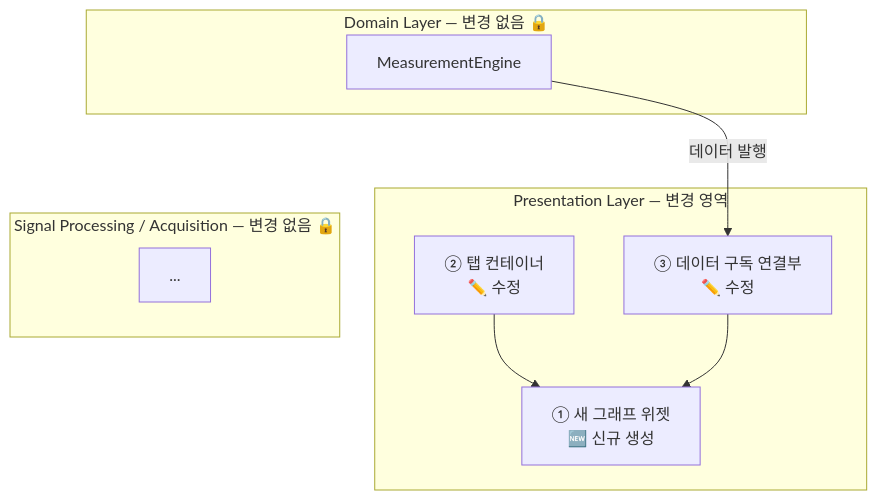
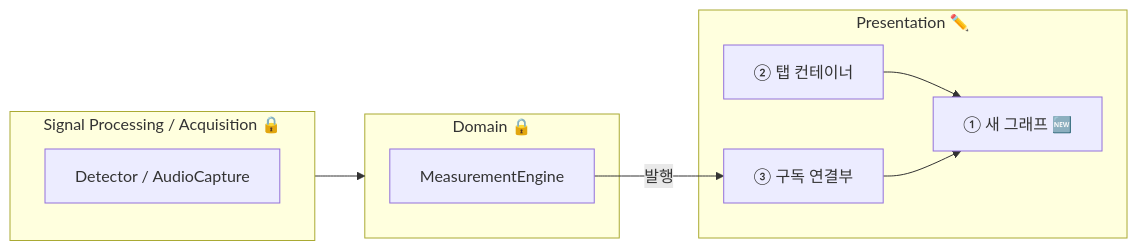
The diagram in docs/milestone1/quality_attribute_scenarios_extensibility.md (Ji-Min-Lee/2026-3-sw-architect-studio-project), drawn with Mermaid before and after one commit.

Commit message:
docs: compact mermaid diagram, add component names to all layers

````diff
--- a/docs/milestone1/quality_attribute_scenarios_extensibility.md
+++ b/docs/milestone1/quality_attribute_scenarios_extensibility.md
@@ -45,21 +45,21 @@
 ```mermaid
-flowchart TB
-    subgraph PL["Presentation Layer — 변경 영역"]
-        A["① 새 그래프 위젯\n🆕 신규 생성"]
-        B["② 탭 컨테이너\n✏️ 수정"]
-        C["③ 데이터 구독 연결부\n✏️ 수정"]
+flowchart LR
+    subgraph PL["Presentation ✏️"]
+        B["② 탭 컨테이너"]
+        C["③ 구독 연결부"]
+        A["① 새 그래프 🆕"]
         B --> A
         C --> A
     end
 
-    subgraph DL["Domain Layer — 변경 없음 🔒"]
+    subgraph DL["Domain 🔒"]
         ME["MeasurementEngine"]
     end
 
-    subgraph SL["Signal Processing / Acquisition — 변경 없음 🔒"]
-        SP["..."]
+    subgraph SL["Signal Processing / Acquisition 🔒"]
+        SP["Detector / AudioCapture"]
     end
 
-    ME -->|"데이터 발행"| C
-    DL ~~~ SL
+    ME -->|"발행"| C
+    SL --> DL
 ```
````
